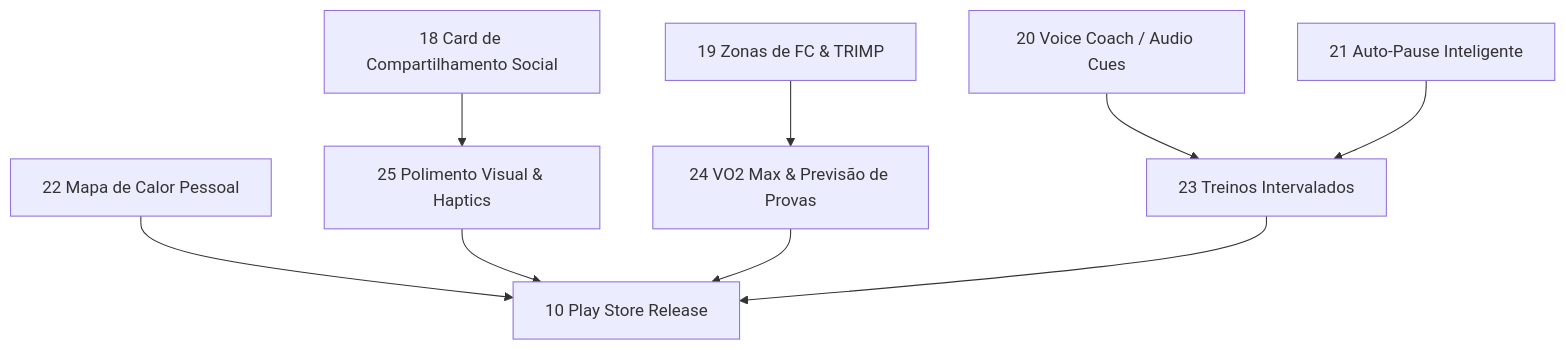
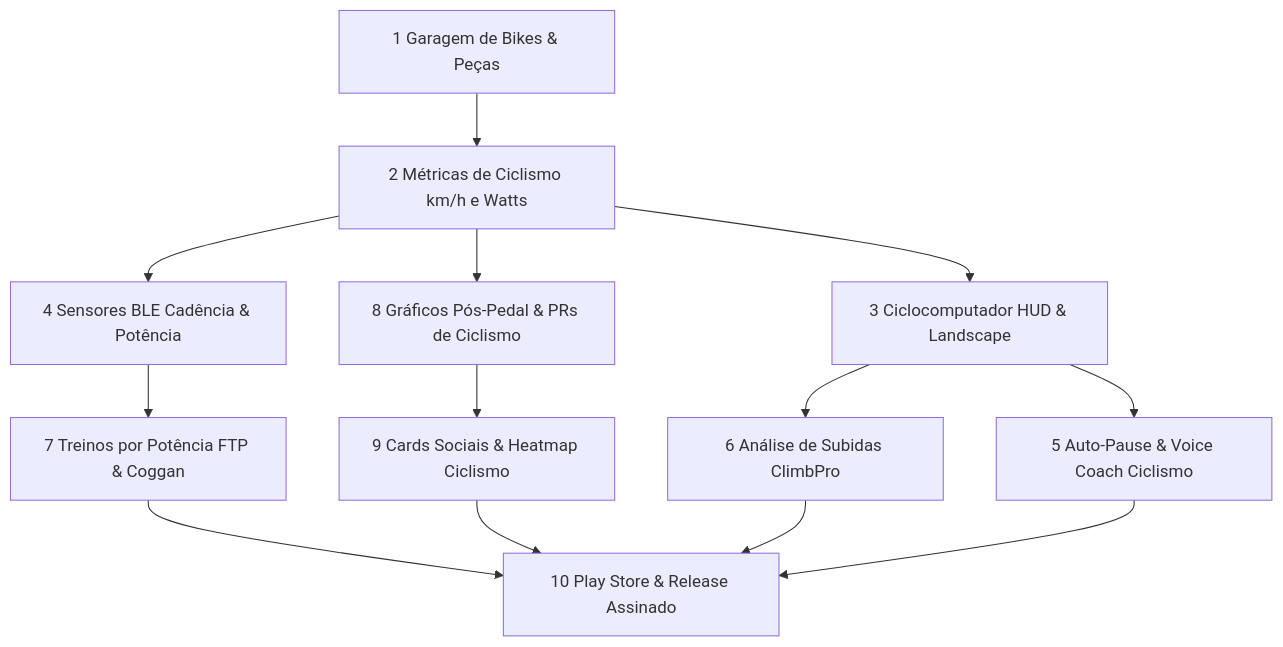
Before and after one commit to lguscouto/runflow-app: the diagram in ROADMAP.md, drawn with Mermaid. The commit also changed other lines of this file, not shown here.

Commit message:
docs(roadmap): definir roadmap da fase 3.0 para ciclismo (10 etapas) e publicacao

````diff
--- a/ROADMAP.md
+++ b/ROADMAP.md
@@ -179,11 +154,15 @@
 ```mermaid
 flowchart TD
-  F18[18 Card de Compartilhamento Social] --> F25[25 Polimento Visual & Haptics]
-  F19[19 Zonas de FC & TRIMP] --> F24[24 VO2 Max & Previsão de Provas]
-  F20[20 Voice Coach / Audio Cues] --> F23[23 Treinos Intervalados]
-  F21[21 Auto-Pause Inteligente] --> F23
-  F22[22 Mapa de Calor Pessoal] --> F10[10 Play Store Release]
-  F25 --> F10
-  F24 --> F10
-  F23 --> F10
+  E1[1 Garagem de Bikes & Peças] --> E2[2 Métricas de Ciclismo km/h e Watts]
+  E2 --> E3[3 Ciclocomputador HUD & Landscape]
+  E2 --> E4[4 Sensores BLE Cadência & Potência]
+  E3 --> E5[5 Auto-Pause & Voice Coach Ciclismo]
+  E3 --> E6[6 Análise de Subidas ClimbPro]
+  E4 --> E7[7 Treinos por Potência FTP & Coggan]
+  E2 --> E8[8 Gráficos Pós-Pedal & PRs de Ciclismo]
+  E8 --> E9[9 Cards Sociais & Heatmap Ciclismo]
+  E7 --> E10[10 Play Store & Release Assinado]
+  E9 --> E10
+  E6 --> E10
+  E5 --> E10
 ```
````
